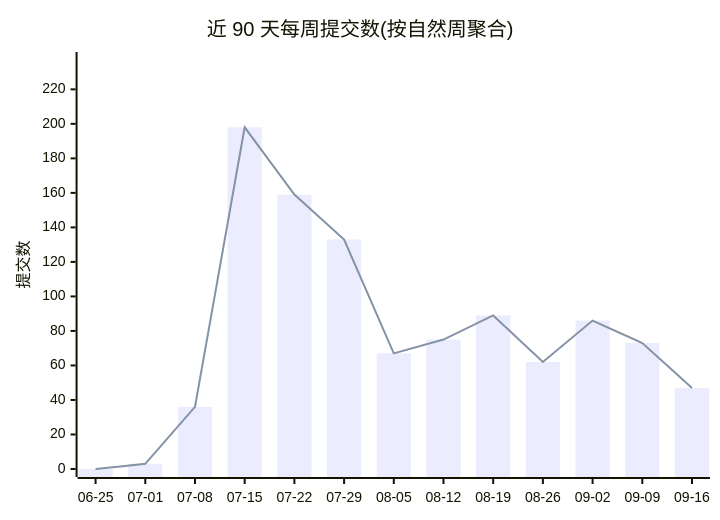
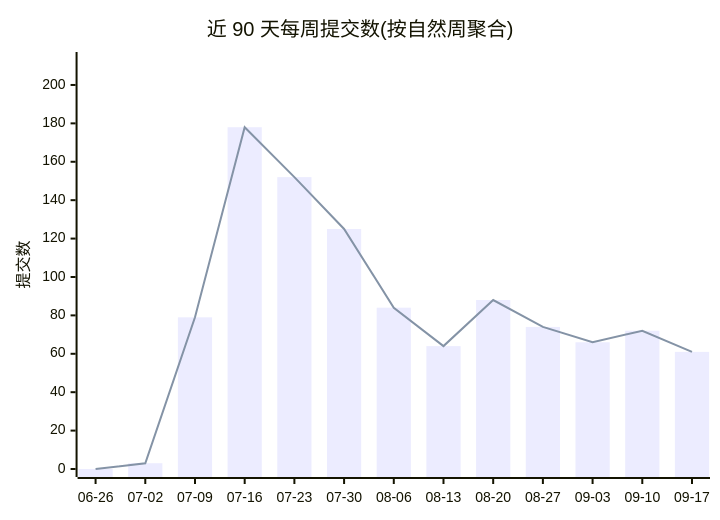
Before and after one commit to Conflux-Union/.github: the first of 2 diagrams in profile/README.md, drawn with Mermaid. The commit also changed other lines of this file and 1 other file, not shown here.

````diff
--- a/profile/README.md
+++ b/profile/README.md
@@ -44,8 +44,8 @@
 ```mermaid
 xychart-beta
     title "近 90 天每周提交数(按自然周聚合)"
-    x-axis ["06-25", "07-01", "07-08", "07-15", "07-22", "07-29", "08-05", "08-12", "08-19", "08-26", "09-02", "09-09", "09-16"]
-    y-axis "提交数" 0 --> 237
-    bar [0, 3, 36, 198, 159, 133, 67, 75, 89, 62, 86, 73, 47]
-    line [0, 3, 36, 198, 159, 133, 67, 75, 89, 62, 86, 73, 47]
+    x-axis ["06-26", "07-02", "07-09", "07-16", "07-23", "07-30", "08-06", "08-13", "08-20", "08-27", "09-03", "09-10", "09-17"]
+    y-axis "提交数" 0 --> 213
+    bar [0, 3, 79, 178, 152, 125, 84, 64, 88, 74, 66, 72, 61]
+    line [0, 3, 79, 178, 152, 125, 84, 64, 88, 74, 66, 72, 61]
 ```
````
